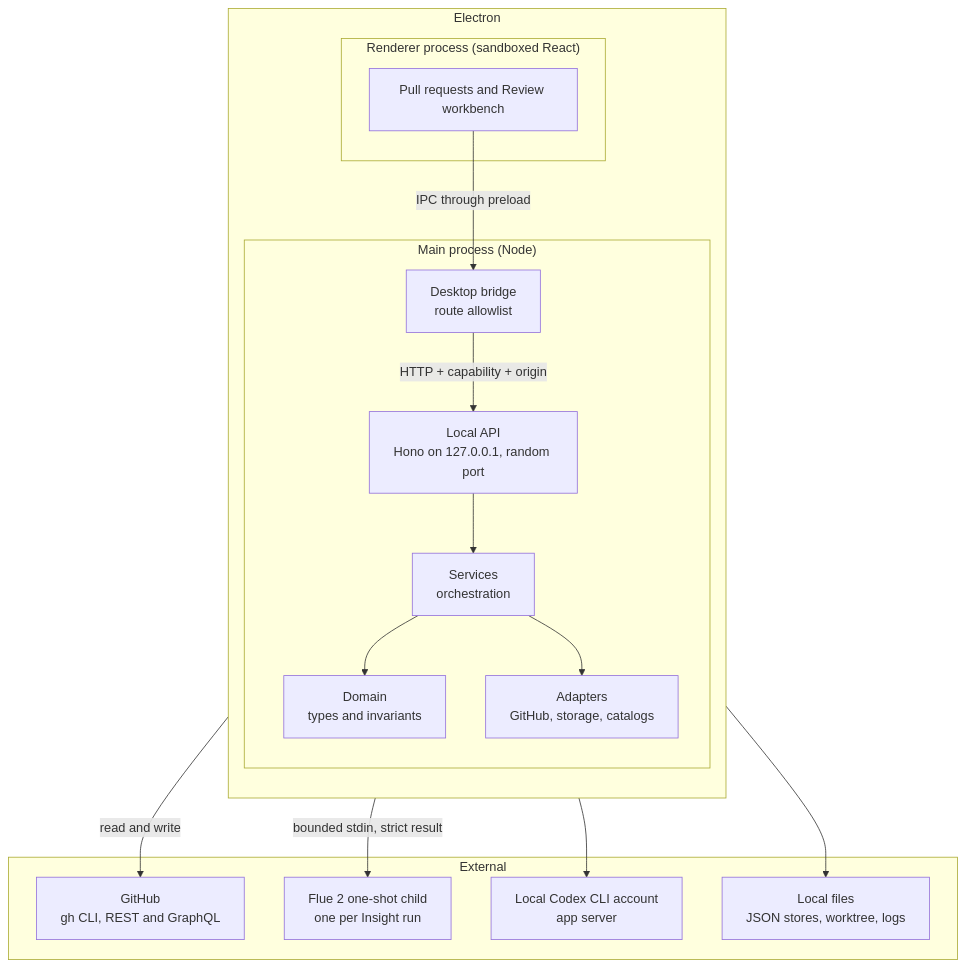
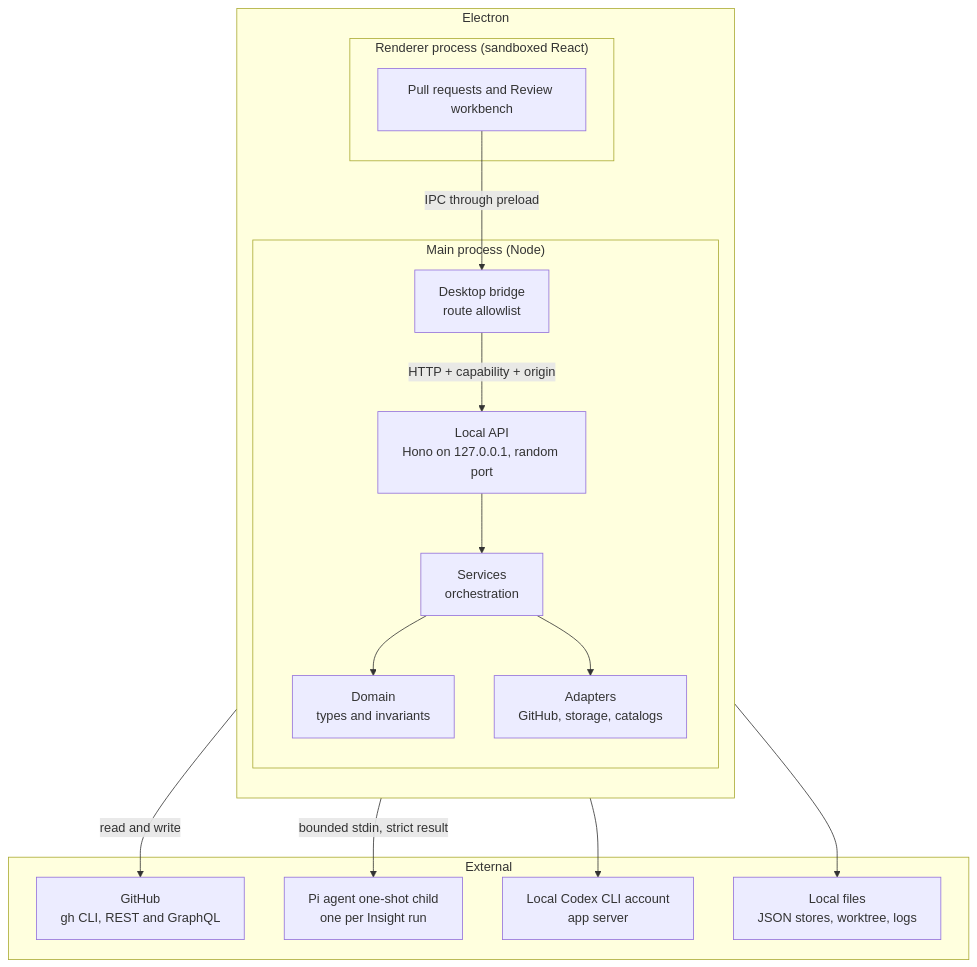
The diagram in docs/architecture.md (kwanpham2195/patchdesk), drawn with Mermaid before and after one commit. The commit also changed other lines of this file and 6 other files, not shown here.

````diff
--- a/docs/architecture.md
+++ b/docs/architecture.md
@@ -19,31 +19,31 @@
 ```mermaid
 flowchart TB
     subgraph Electron
         direction TB
         subgraph Renderer["Renderer process (sandboxed React)"]
             UI["Pull requests and Review workbench"]
         end
         subgraph Main["Main process (Node)"]
             Bridge["Desktop bridge<br/>route allowlist"]
             API["Local API<br/>Hono on 127.0.0.1, random port"]
             Services["Services<br/>orchestration"]
             Domain["Domain<br/>types and invariants"]
             Adapters["Adapters<br/>GitHub, storage, catalogs"]
         end
     end
     subgraph External["External"]
         GitHub["GitHub<br/>gh CLI, REST and GraphQL"]
-        Flue["Flue 2 one-shot child<br/>one per Insight run"]
+        Insight["Pi agent one-shot child<br/>one per Insight run"]
         Codex["Local Codex CLI account<br/>app server"]
         Files["Local files<br/>JSON stores, worktree, logs"]
     end
     UI -- "IPC through preload" --> Bridge
     Bridge -- "HTTP + capability + origin" --> API
     API --> Services
     Services --> Domain
     Services --> Adapters
     Adapters -- "read and write" --> GitHub
     Adapters --> Files
-    Services -- "bounded stdin, strict result" --> Flue
+    Services -- "bounded stdin, strict result" --> Insight
     Services --> Codex
 ```
````
